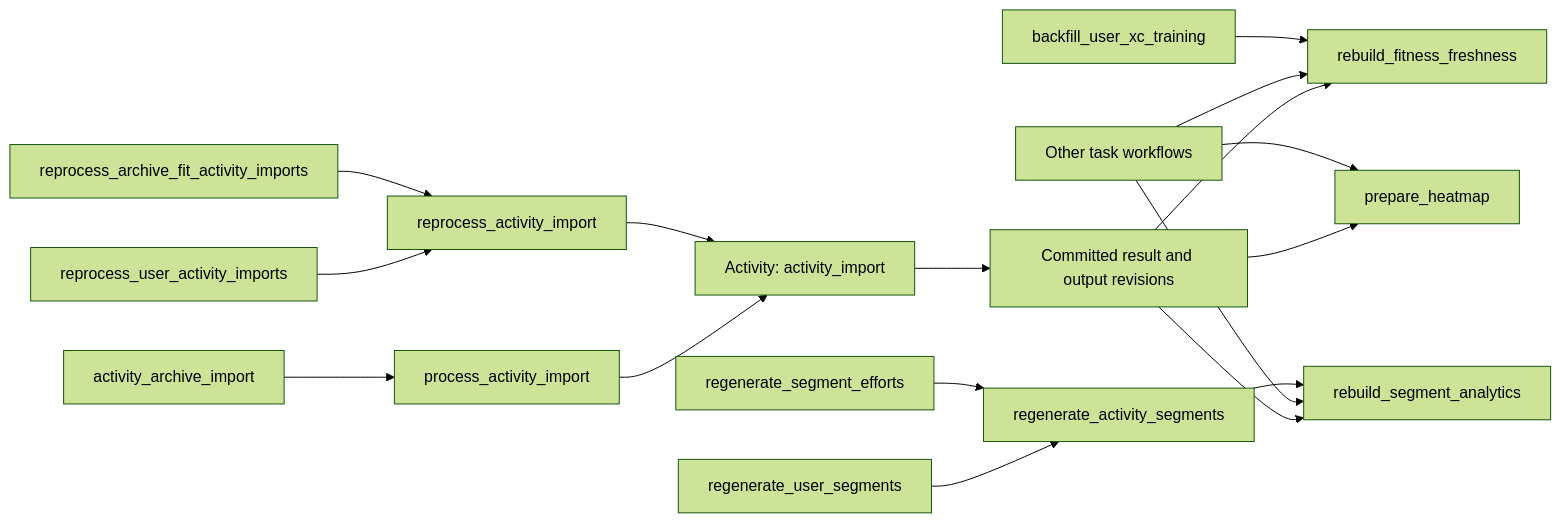
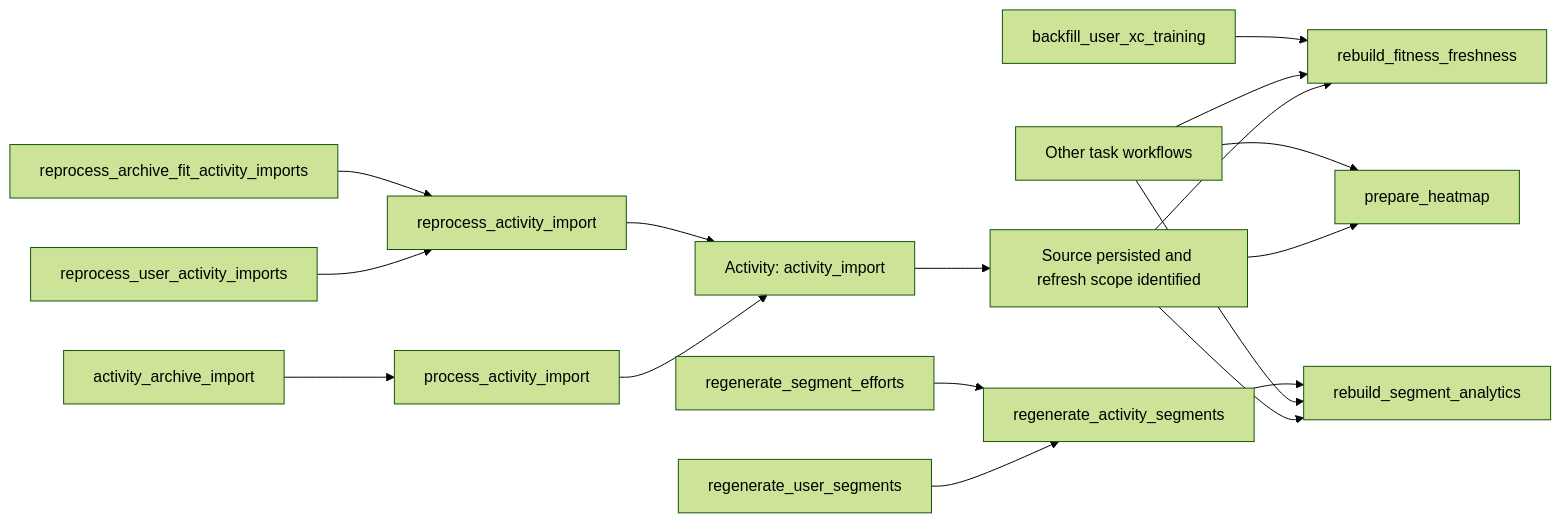
The diagram in docs/specs/bike-task-workflows.md (ericbutera/bike), drawn with Mermaid (forest theme) before and after one commit. The commit also changed other lines of this file and 7 other files, not shown here.

````diff
--- a/docs/specs/bike-task-workflows.md
+++ b/docs/specs/bike-task-workflows.md
@@ -67,19 +83,19 @@
 ```mermaid
 flowchart LR
     Import[process_activity_import] --> Shared[Activity: activity_import]
     Reprocess[reprocess_activity_import] --> Shared
-    Shared --> Committed[Committed result and output revisions]
+    Shared --> Committed[Source persisted and refresh scope identified]
     Committed --> Fitness[rebuild_fitness_freshness]
     Committed --> Segments[rebuild_segment_analytics]
     Committed --> Heatmap[prepare_heatmap]
     Other[Other task workflows] --> Fitness
     Other --> Segments
     Other --> Heatmap
     ReprocessUser[reprocess_user_activity_imports] --> Reprocess
     ReprocessFits[reprocess_archive_fit_activity_imports] --> Reprocess
     Archive[activity_archive_import] --> Import
     UserSegments[regenerate_user_segments] --> Match[regenerate_activity_segments]
     SegmentEfforts[regenerate_segment_efforts] --> Match
     Match --> Segments
     Training[backfill_user_xc_training] --> Fitness
 ```
````
